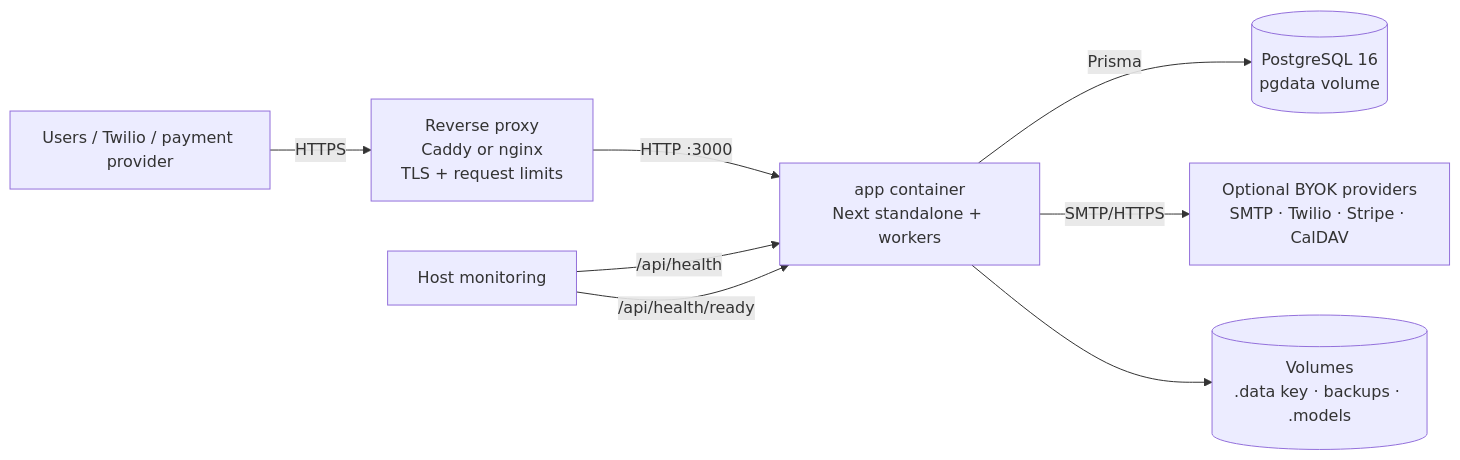
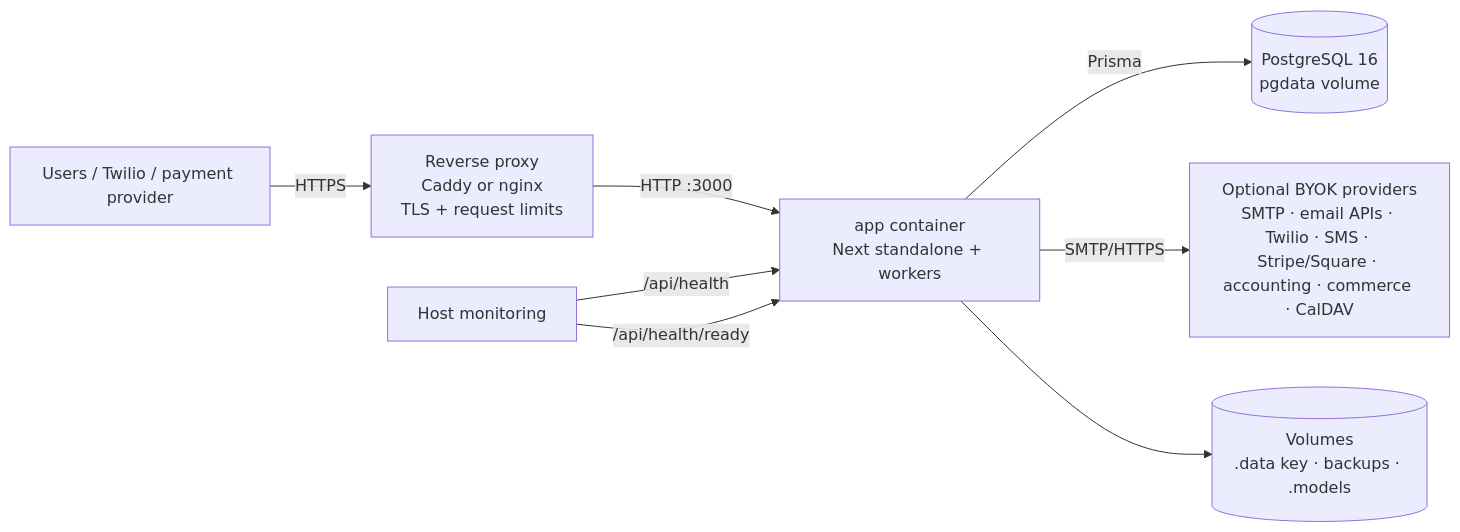
One commit to sidmazak/airepnsec changed the fourth of 4 diagrams in docs/ARCHITECTURE.md. Above: the diagram before and after it, drawn with Mermaid. The commit also changed other lines of this file and 59 other files, not shown here.

Commit message:
feat: file imports, AI provider breadth, email/SMS, Square, accounting and commerce

````diff
--- a/docs/ARCHITECTURE.md
+++ b/docs/ARCHITECTURE.md
@@ -342,10 +371,10 @@
 ```mermaid
 flowchart LR
   U[Users / Twilio / payment provider] -->|HTTPS| P[Reverse proxy<br/>Caddy or nginx<br/>TLS + request limits]
   P -->|HTTP :3000| A[app container<br/>Next standalone + workers]
   A -->|Prisma| D[(PostgreSQL 16<br/>pgdata volume)]
-  A -->|SMTP/HTTPS| X[Optional BYOK providers<br/>SMTP · Twilio · Stripe · CalDAV]
+  A -->|SMTP/HTTPS| X[Optional BYOK providers<br/>SMTP · email APIs · Twilio · SMS · Stripe/Square · accounting · commerce · CalDAV]
   A --> V[(Volumes<br/>.data key · backups · .models)]
   M[Host monitoring] -->|/api/health| A
   M -->|/api/health/ready| A
 ```
````
